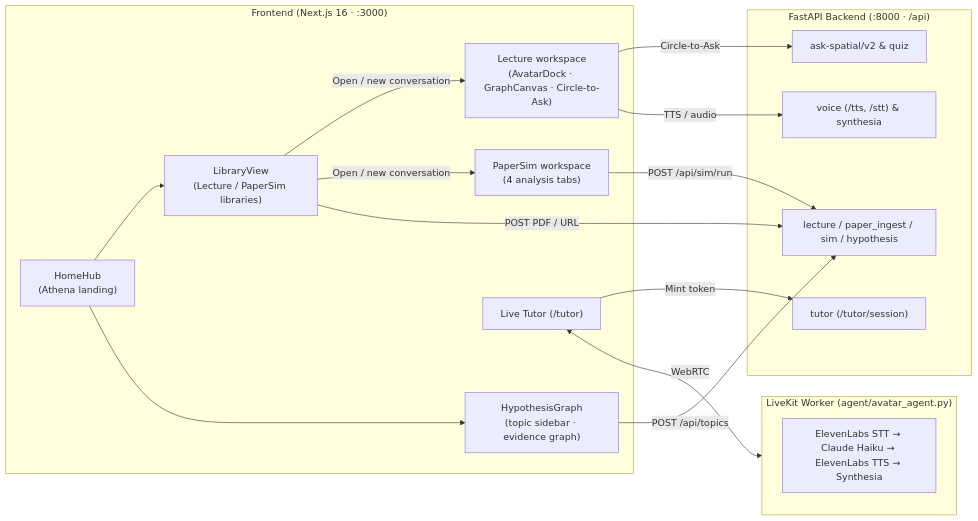
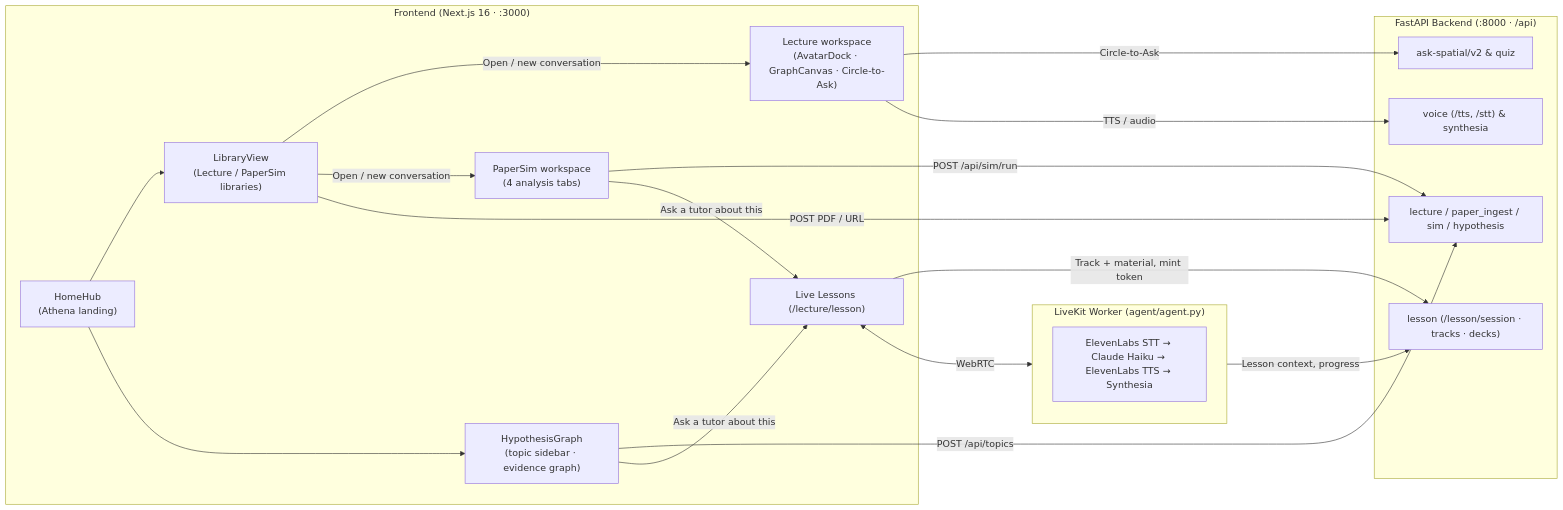
The diagram in DESIGN.md (AshuMaths1729/Imperial_AI_Hack), drawn with Mermaid before and after one commit. The commit also changed other lines of this file and 16 other files, not shown here.

````diff
--- a/DESIGN.md
+++ b/DESIGN.md
@@ -9,34 +9,37 @@
 ```mermaid
 flowchart LR
   subgraph Client["Frontend (Next.js 16 · :3000)"]
     Home["HomeHub<br/>(Athena landing)"]
     Lib["LibraryView<br/>(Lecture / PaperSim libraries)"]
     LW["Lecture workspace<br/>(AvatarDock · GraphCanvas · Circle-to-Ask)"]
     PS["PaperSim workspace<br/>(4 analysis tabs)"]
     HG["HypothesisGraph<br/>(topic sidebar · evidence graph)"]
-    Tutor["Live Tutor (/tutor)"]
+    Tutor["Live Lessons (/lecture/lesson)"]
   end
 
   subgraph Backend["FastAPI Backend (:8000 · /api)"]
     Ingest["lecture / paper_ingest / sim / hypothesis"]
     Ask["ask-spatial/v2 & quiz"]
     Voice["voice (/tts, /stt) & synthesia"]
-    TutorAPI["tutor (/tutor/session)"]
+    TutorAPI["lesson (/lesson/session · tracks · decks)"]
   end
 
-  subgraph Agent["LiveKit Worker (agent/avatar_agent.py)"]
+  subgraph Agent["LiveKit Worker (agent/agent.py)"]
     Pipeline["ElevenLabs STT → Claude Haiku → ElevenLabs TTS → Synthesia"]
   end
 
   Home --> Lib
   Home --> HG
   Lib -->|Open / new conversation| LW
   Lib -->|Open / new conversation| PS
   Lib -->|POST PDF / URL| Ingest
   HG -->|POST /api/topics| Ingest
   PS -->|POST /api/sim/run| Ingest
   LW -->|Circle-to-Ask| Ask
   LW -->|TTS / audio| Voice
+  PS -->|Ask a tutor about this| Tutor
+  HG -->|Ask a tutor about this| Tutor
   Tutor <-->|WebRTC| Agent
-  Tutor -->|Mint token| TutorAPI
+  Tutor -->|Track + material, mint token| TutorAPI
+  Agent -->|Lesson context, progress| TutorAPI
 ```
````
